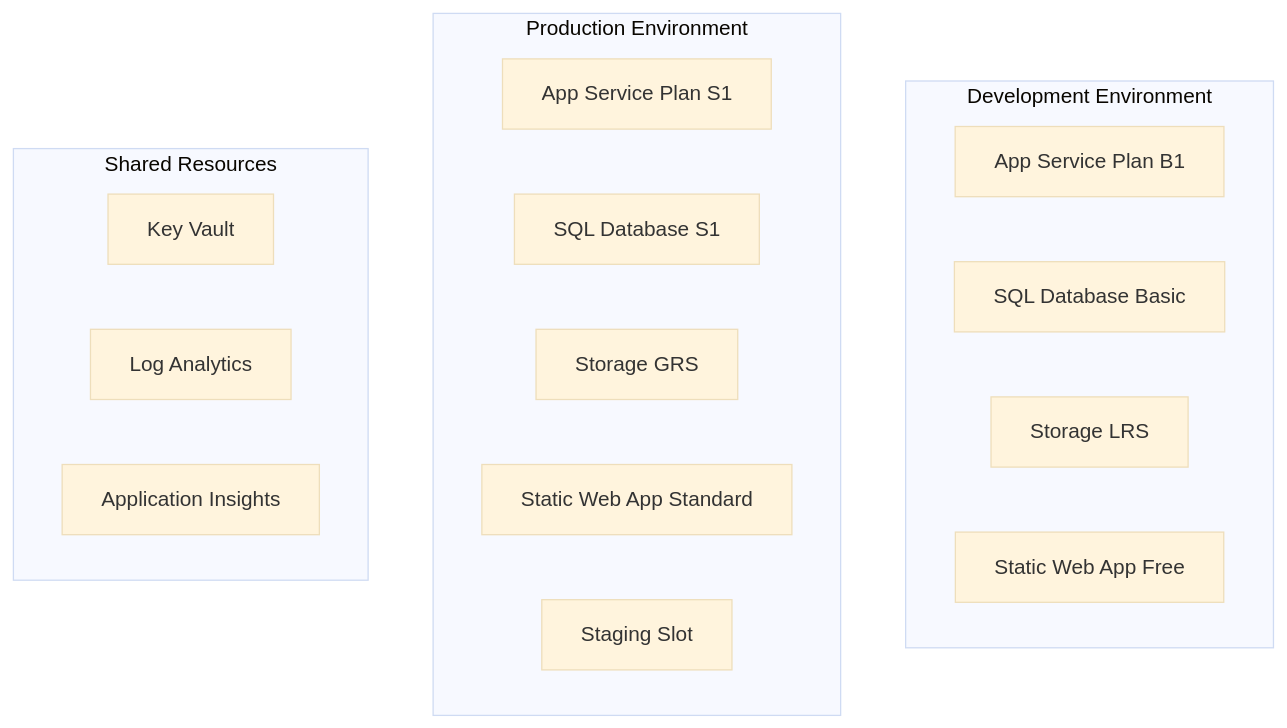
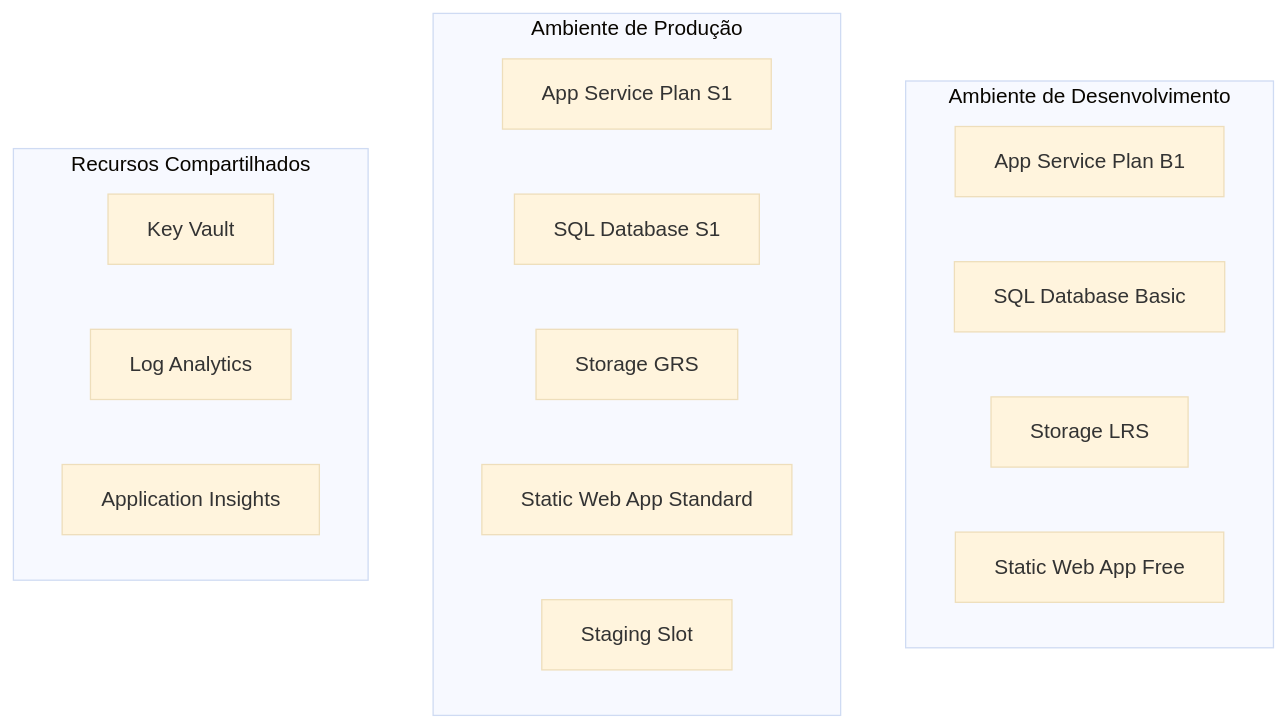
Before and after one commit to lcarli/CaseZero-Alternative: the diagram in docs/cicd/azure-setup.md, drawn with Mermaid (base theme). The commit also changed other lines of this file and 2 other files, not shown here.

````diff
--- a/docs/cicd/azure-setup.md
+++ b/docs/cicd/azure-setup.md
@@ -14,23 +14,23 @@
 ```mermaid
 graph TB
-    subgraph "Development Environment"
+    subgraph "Ambiente de Desenvolvimento"
         D1[App Service Plan B1]
         D2[SQL Database Basic]
         D3[Storage LRS]
         D4[Static Web App Free]
     end
     
-    subgraph "Production Environment"
+    subgraph "Ambiente de Produção"
         P1[App Service Plan S1]
         P2[SQL Database S1]
         P3[Storage GRS]
         P4[Static Web App Standard]
         P5[Staging Slot]
     end
     
-    subgraph "Shared Resources"
+    subgraph "Recursos Compartilhados"
         S1[Key Vault]
         S2[Log Analytics]
         S3[Application Insights]
     end
 ```
````
